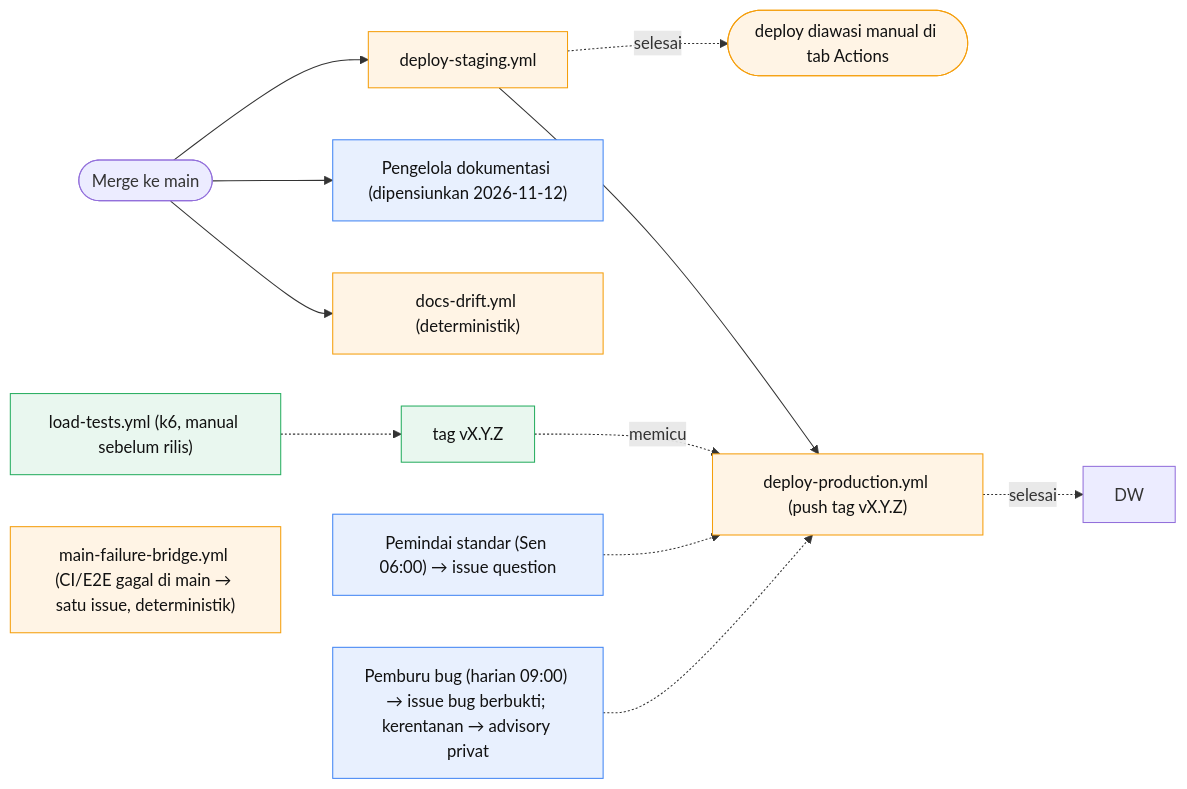
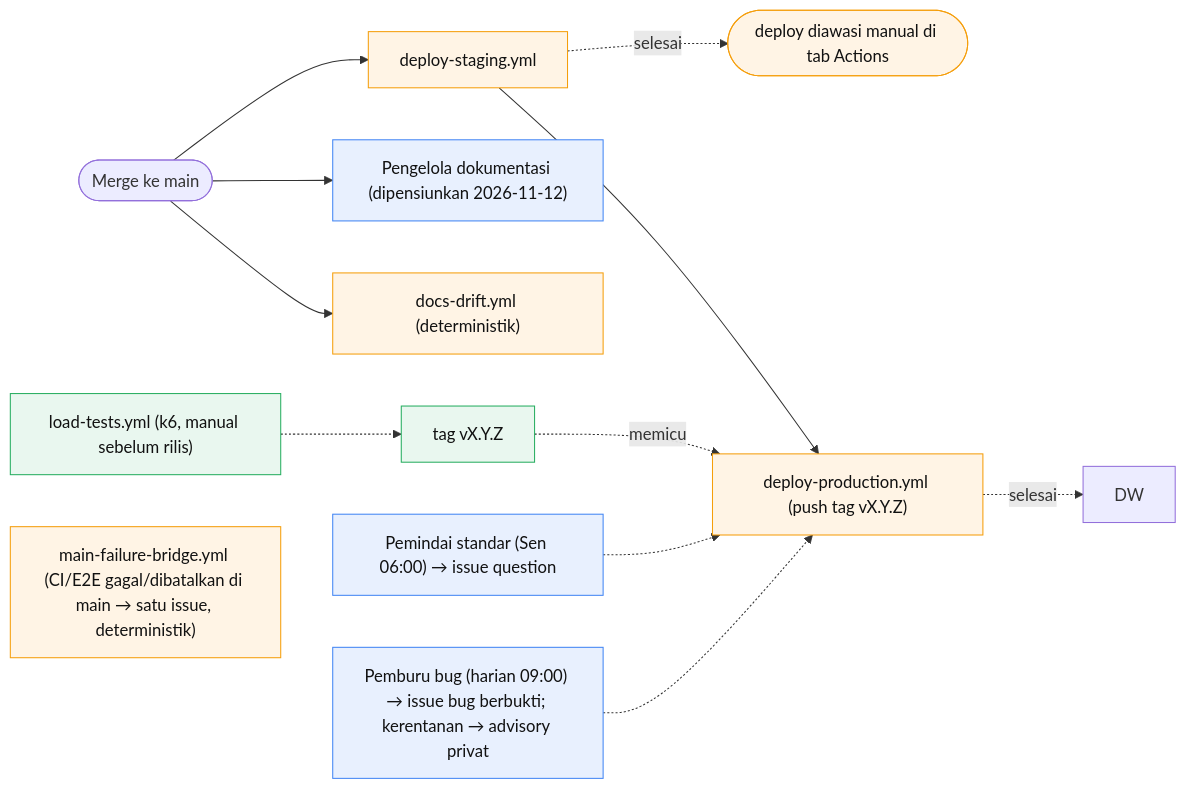
The fifth of 6 diagrams in docs/SDLC-FLOW.md (cipansor/cipansor), drawn with Mermaid before and after one commit. The commit also changed other lines of this file and 4 other files, not shown here.

````diff
--- a/docs/SDLC-FLOW.md
+++ b/docs/SDLC-FLOW.md
@@ -691,19 +691,19 @@
 ```mermaid
 flowchart LR
   classDef cloud fill:#e8f0fe,stroke:#4285f4,color:#111;
   classDef gh fill:#fff4e5,stroke:#f59e0b,color:#111;
   classDef human fill:#e9f7ef,stroke:#27ae60,color:#111;
 
   MG([Merge ke main]) --> C3["docs-drift.yml (deterministik)"]:::gh
   MG --> C14["Pengelola dokumentasi (dipensiunkan 2026-11-12)"]:::cloud
   MG --> STG["deploy-staging.yml"]:::gh
   STG --> PROD["deploy-production.yml (push tag vX.Y.Z)"]:::gh
 
   STG -. selesai .-> DWI(["deploy diawasi manual di tab Actions"]):::gh
   PROD -. selesai .-> DW
   LT["load-tests.yml (k6, manual sebelum rilis)"]:::human -.-> TAGV["tag vX.Y.Z"]:::human
-  BR2["main-failure-bridge.yml (CI/E2E gagal di main → satu issue, deterministik)"]:::gh
+  BR2["main-failure-bridge.yml (CI/E2E gagal/dibatalkan di main → satu issue, deterministik)"]:::gh
   TAGV -. "memicu" .-> PROD
   C20["Pemindai standar (Sen 06:00) → issue question"]:::cloud -.-> PROD
   C19["Pemburu bug (harian 09:00) → issue bug berbukti; kerentanan → advisory privat"]:::cloud -.-> PROD
 ```
````
